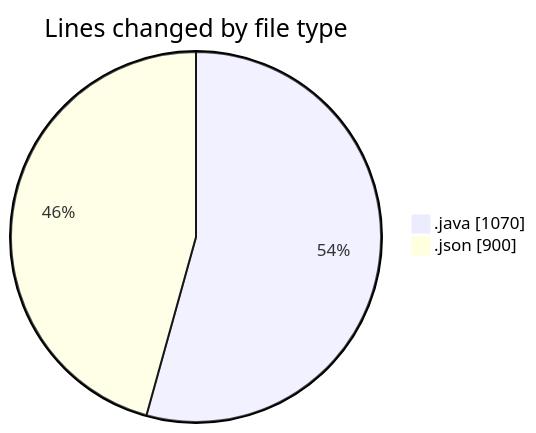
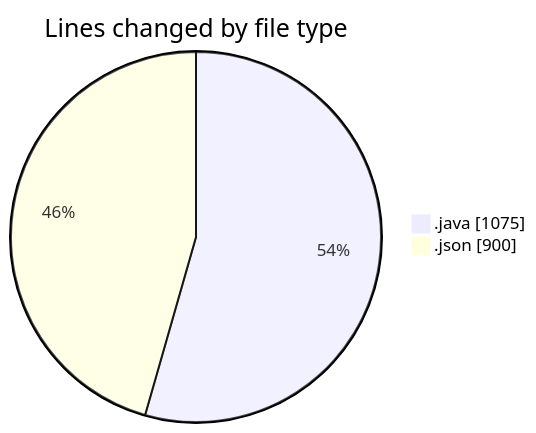
The first of 2 diagrams in 2026-04-21/cilapp/README.md (ricardozamudiocil/code-tracking), drawn with Mermaid before and after one commit. The commit also changed other lines of this file and 1 other file, not shown here.

````diff
--- a/2026-04-21/cilapp/README.md
+++ b/2026-04-21/cilapp/README.md
@@ -22,6 +22,6 @@
 ```mermaid
 pie showData
 title Lines changed by file type
-".java" : 1070
+".java" : 1075
 ".json" : 900
 ```
````
